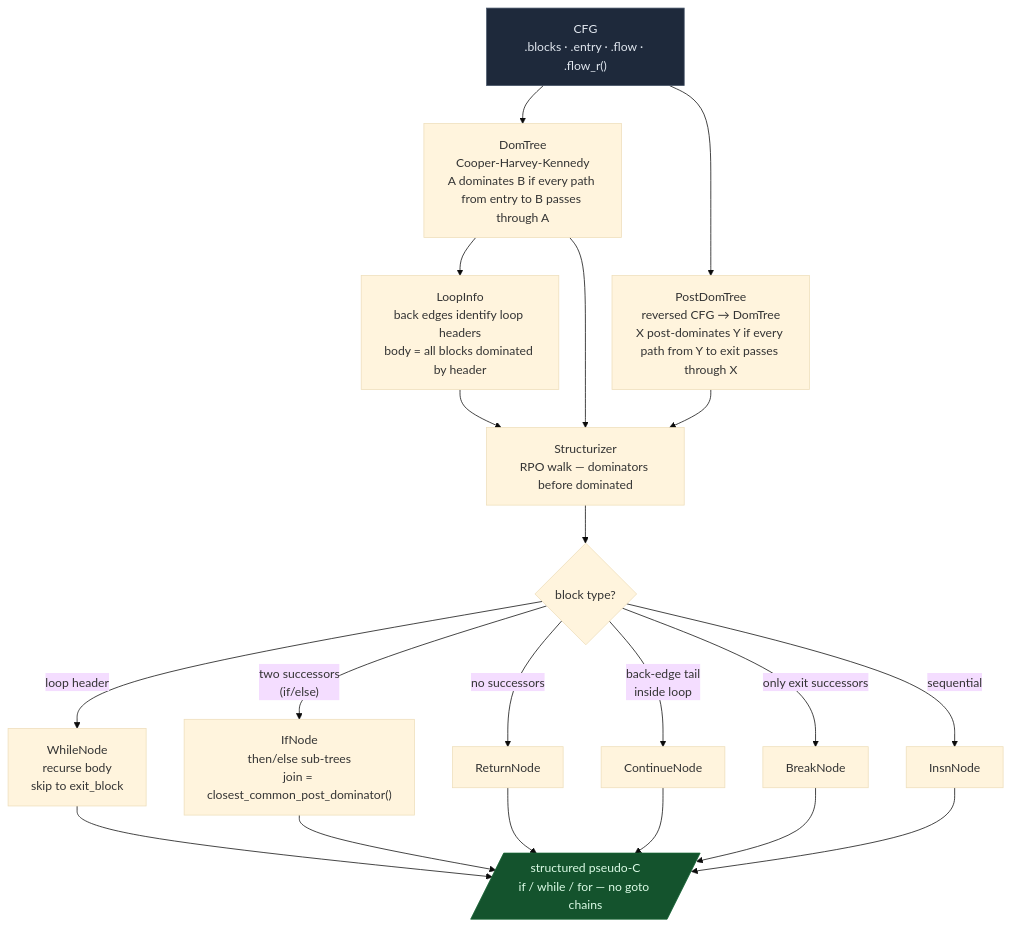
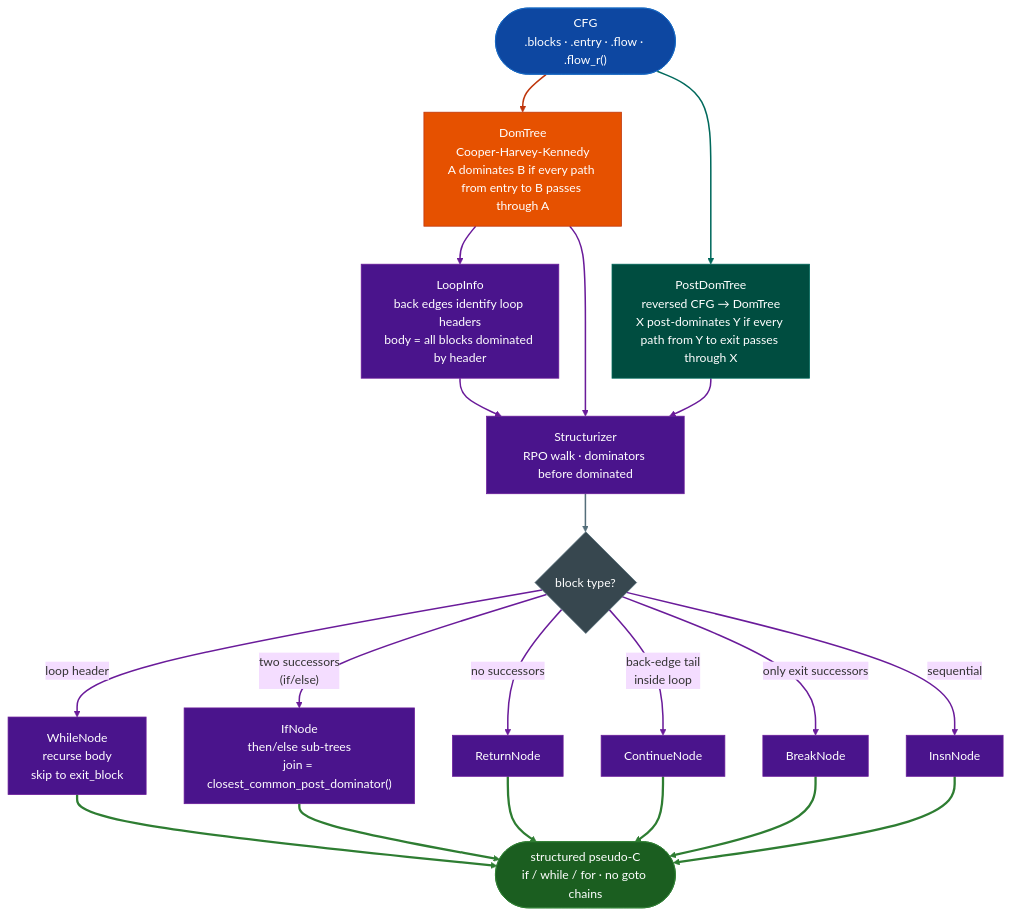
Before and after one commit to Ablation-Tool/ablation: the diagram in docs/reference-modules/structurizer.md, drawn with Mermaid (base theme). The commit also changed 320 other files, not shown here.

First line of the commit message:
docs: apply canonical Mermaid template to all 321 diagrams

````diff
--- a/docs/reference-modules/structurizer.md
+++ b/docs/reference-modules/structurizer.md
@@ -48,25 +48,47 @@
 ```mermaid
 flowchart TD
-    A["CFG\n.blocks · .entry · .flow · .flow_r()"] --> B["DomTree\nCooper-Harvey-Kennedy\nA dominates B if every path from entry to B passes through A"]
-    A --> C["PostDomTree\nreversed CFG → DomTree\nX post-dominates Y if every path from Y to exit passes through X"]
-    B --> D["LoopInfo\nback edges identify loop headers\nbody = all blocks dominated by header"]
-    B --> E["Structurizer\nRPO walk — dominators before dominated"]
-    C --> E
-    D --> E
-    E --> F{"block type?"}
-    F -->|"loop header"| G["WhileNode\nrecurse body\nskip to exit_block"]
-    F -->|"two successors\n(if/else)"| H["IfNode\nthen/else sub-trees\njoin = closest_common_post_dominator()"]
-    F -->|"no successors"| I["ReturnNode"]
-    F -->|"back-edge tail\ninside loop"| J["ContinueNode"]
-    F -->|"only exit successors"| K["BreakNode"]
-    F -->|"sequential"| L["InsnNode"]
-    G --> M[/"structured pseudo-C\nif / while / for — no goto chains"/]
-    H --> M
-    I --> M
-    J --> M
-    K --> M
-    L --> M
-
-    style A fill:#1e293b,stroke:#475569,color:#e2e8f0
-    style M fill:#14532d,stroke:#166534,color:#dcfce7
+    A(["CFG\n.blocks · .entry · .flow · .flow_r()"]):::input --> B["DomTree\nCooper-Harvey-Kennedy\nA dominates B if every path from entry to B passes through A"]:::primary
+    A:::input --> C["PostDomTree\nreversed CFG → DomTree\nX post-dominates Y if every path from Y to exit passes through X"]:::secondary
+    B:::primary --> D["LoopInfo\nback edges identify loop headers\nbody = all blocks dominated by header"]:::tertiary
+    B:::primary --> E["Structurizer\nRPO walk · dominators before dominated"]:::tertiary
+    C:::secondary --> E:::tertiary
+    D:::tertiary --> E:::tertiary
+    E:::tertiary --> F{"block type?"}:::neutral
+    F:::neutral -->|"loop header"| G["WhileNode\nrecurse body\nskip to exit_block"]:::tertiary
+    F:::neutral -->|"two successors\n(if/else)"| H["IfNode\nthen/else sub-trees\njoin = closest_common_post_dominator()"]:::tertiary
+    F:::neutral -->|"no successors"| I["ReturnNode"]:::tertiary
+    F:::neutral -->|"back-edge tail\ninside loop"| J["ContinueNode"]:::tertiary
+    F:::neutral -->|"only exit successors"| K["BreakNode"]:::tertiary
+    F:::neutral -->|"sequential"| L["InsnNode"]:::tertiary
+    G:::tertiary --> M(["structured pseudo-C\nif / while / for · no goto chains"]):::output
+    H:::tertiary --> M:::output
+    I:::tertiary --> M:::output
+    J:::tertiary --> M:::output
+    K:::tertiary --> M:::output
+    L:::tertiary --> M:::output
+    classDef input     fill:#0d47a1,stroke:#1565c0,color:#fff
+    classDef primary   fill:#e65100,stroke:#bf360c,color:#fff
+    classDef secondary fill:#004d40,stroke:#00695c,color:#fff
+    classDef tertiary  fill:#4a148c,stroke:#6a1b9a,color:#fff
+    classDef neutral   fill:#37474f,stroke:#546e7a,color:#fff
+    classDef output    fill:#1b5e20,stroke:#2e7d32,color:#fff
+    linkStyle 0 stroke:#bf360c,stroke-width:2px
+    linkStyle 1 stroke:#00695c,stroke-width:2px
+    linkStyle 2 stroke:#6a1b9a,stroke-width:2px
+    linkStyle 3 stroke:#6a1b9a,stroke-width:2px
+    linkStyle 4 stroke:#6a1b9a,stroke-width:2px
+    linkStyle 5 stroke:#6a1b9a,stroke-width:2px
+    linkStyle 6 stroke:#546e7a,stroke-width:2px
+    linkStyle 7 stroke:#6a1b9a,stroke-width:2px
+    linkStyle 8 stroke:#6a1b9a,stroke-width:2px
+    linkStyle 9 stroke:#6a1b9a,stroke-width:2px
+    linkStyle 10 stroke:#6a1b9a,stroke-width:2px
+    linkStyle 11 stroke:#6a1b9a,stroke-width:2px
+    linkStyle 12 stroke:#6a1b9a,stroke-width:2px
+    linkStyle 13 stroke:#2e7d32,stroke-width:3px
+    linkStyle 14 stroke:#2e7d32,stroke-width:3px
+    linkStyle 15 stroke:#2e7d32,stroke-width:3px
+    linkStyle 16 stroke:#2e7d32,stroke-width:3px
+    linkStyle 17 stroke:#2e7d32,stroke-width:3px
+    linkStyle 18 stroke:#2e7d32,stroke-width:3px
 ```
````
